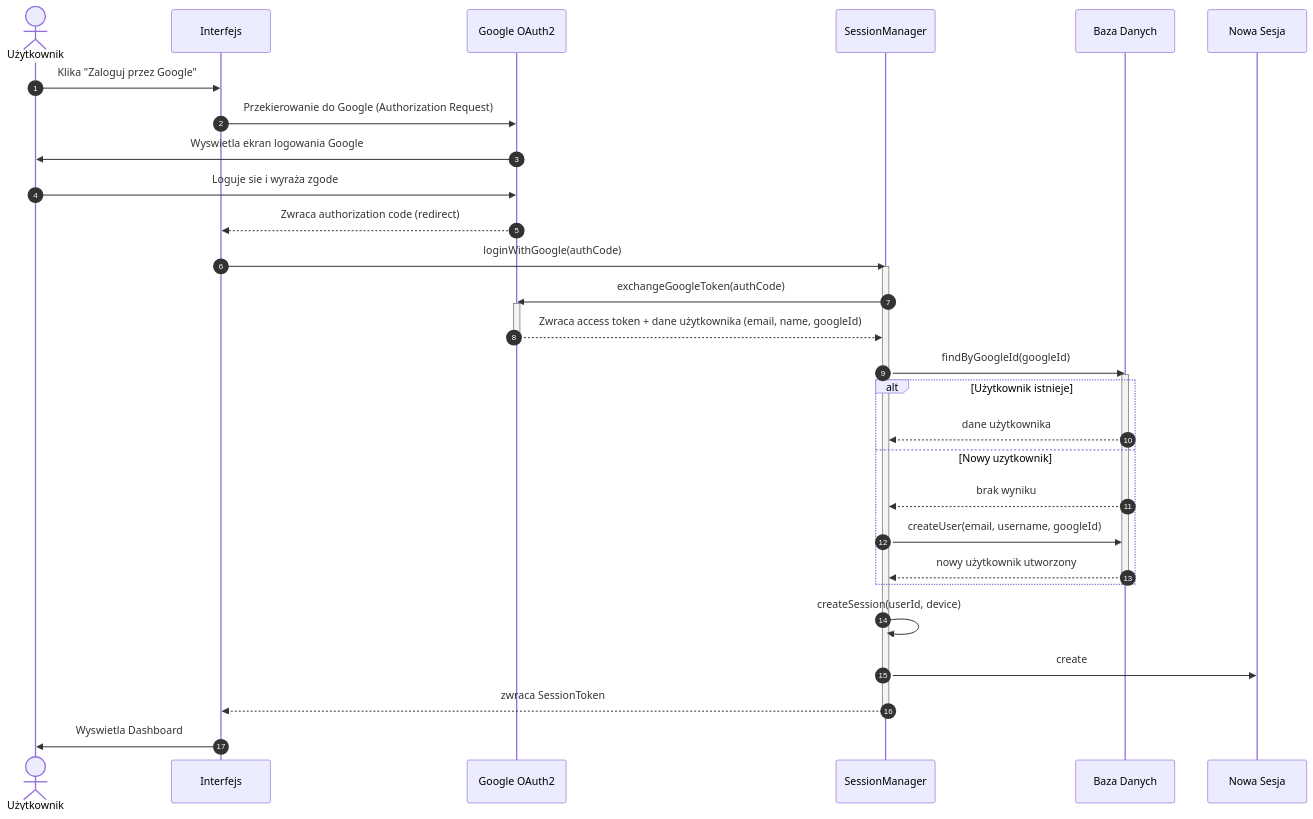
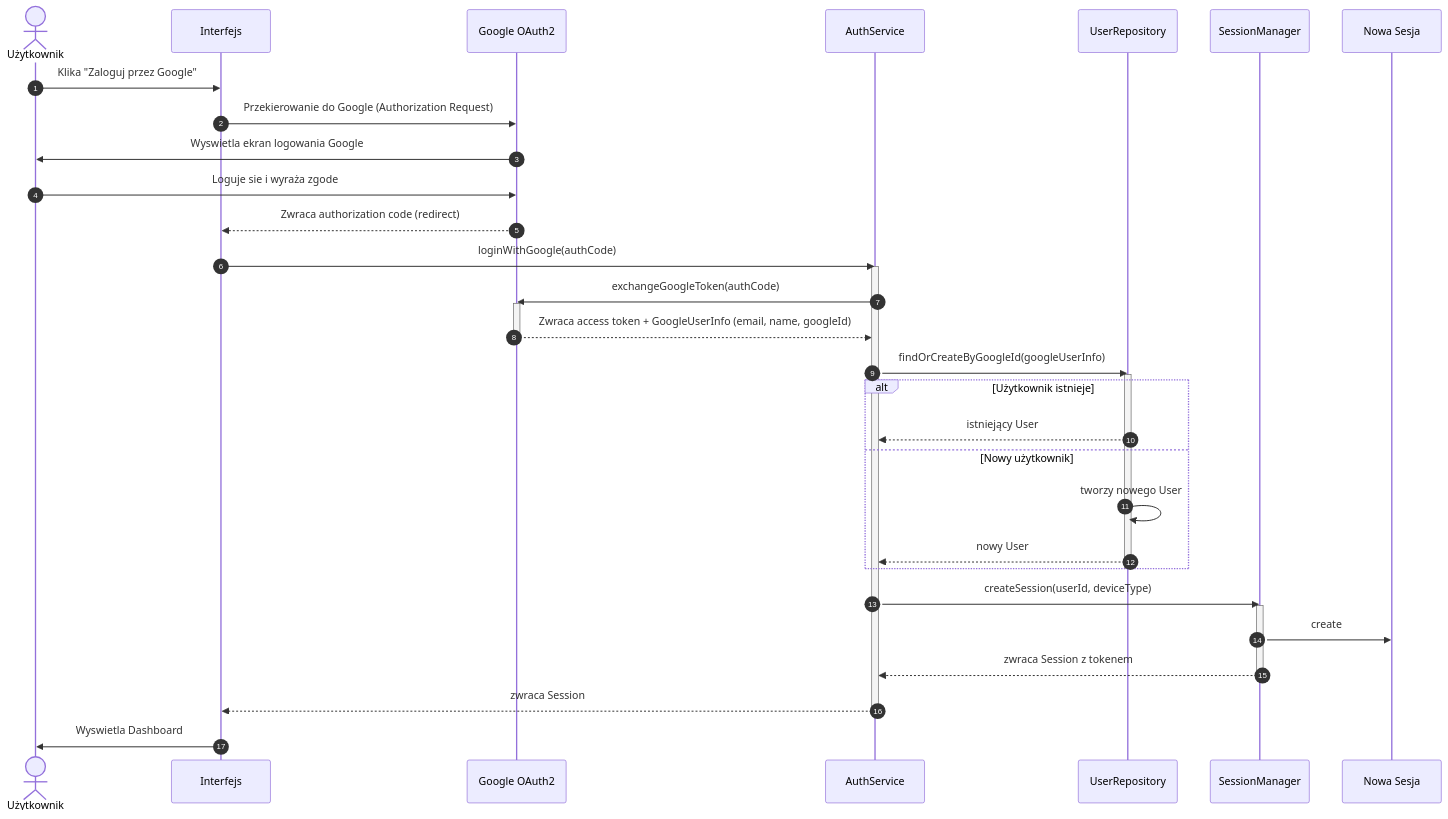
One commit to IO-2026-Pryncypalki/Grimoire_MTG changed the first of 7 diagrams in work_in_progress/diagramSekwencji.md. Above: the diagram before and after it, drawn with Mermaid. The commit also changed other lines of this file and 2 other files, not shown here.

Commit message:
Fixed public class fields

````diff
--- a/work_in_progress/diagramSekwencji.md
+++ b/work_in_progress/diagramSekwencji.md
@@ -5,42 +5,46 @@
 ```mermaid
 sequenceDiagram
     autonumber
     actor U as Użytkownik
     participant UI as Interfejs
     participant G as Google OAuth2
+    participant AS as AuthService
+    participant UR as UserRepository
     participant SM as SessionManager
-    participant DB as Baza Danych
     participant S as Nowa Sesja
 
     U->>UI: Klika "Zaloguj przez Google"
     UI->>G: Przekierowanie do Google (Authorization Request)
     G->>U: Wyswietla ekran logowania Google
     U->>G: Loguje sie i wyraża zgode
     G-->>UI: Zwraca authorization code (redirect)
 
-    UI->>SM: loginWithGoogle(authCode)
-    activate SM
+    UI->>AS: loginWithGoogle(authCode)
+    activate AS
 
-    SM->>G: exchangeGoogleToken(authCode)
+    AS->>G: exchangeGoogleToken(authCode)
     activate G
-    G-->>SM: Zwraca access token + dane użytkownika (email, name, googleId)
+    G-->>AS: Zwraca access token + GoogleUserInfo (email, name, googleId)
     deactivate G
 
-    SM->>DB: findByGoogleId(googleId)
-    activate DB
+    AS->>UR: findOrCreateByGoogleId(googleUserInfo)
+    activate UR
 
     alt Użytkownik istnieje
-        DB-->>SM: dane użytkownika
-    else Nowy uzytkownik
-        DB-->>SM: brak wyniku
-        SM->>DB: createUser(email, username, googleId)
-        DB-->>SM: nowy użytkownik utworzony
+        UR-->>AS: istniejący User
+    else Nowy użytkownik
+        UR->>UR: tworzy nowego User
+        UR-->>AS: nowy User
     end
-    deactivate DB
+    deactivate UR
 
-    SM->>SM: createSession(userId, device)
+    AS->>SM: createSession(userId, deviceType)
+    activate SM
     SM->>S: create
-    SM-->>UI: zwraca SessionToken
+    SM-->>AS: zwraca Session z tokenem
     deactivate SM
+
+    AS-->>UI: zwraca Session
+    deactivate AS
     UI->>U: Wyswietla Dashboard
 ```
````
